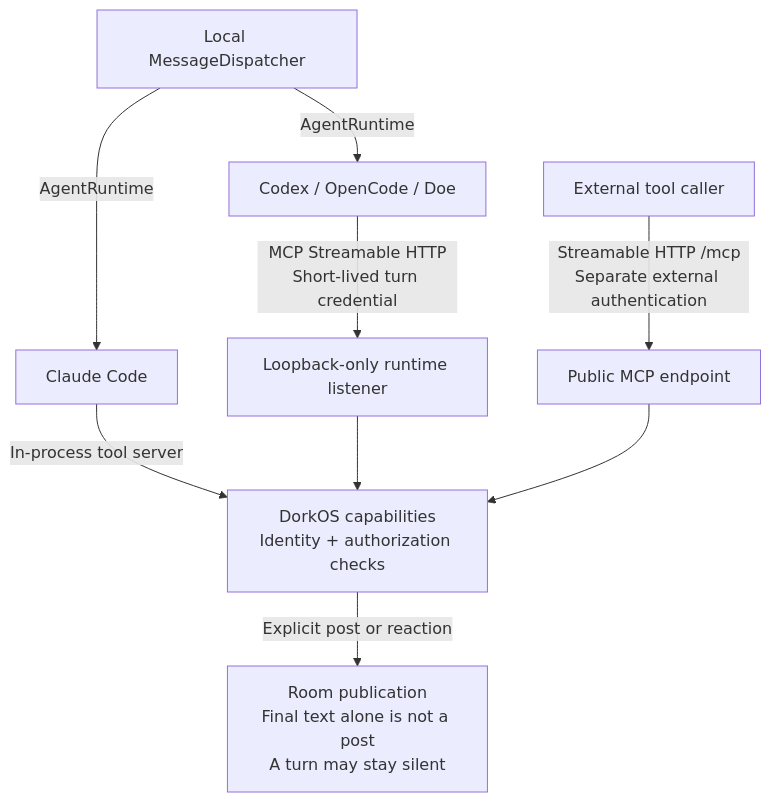
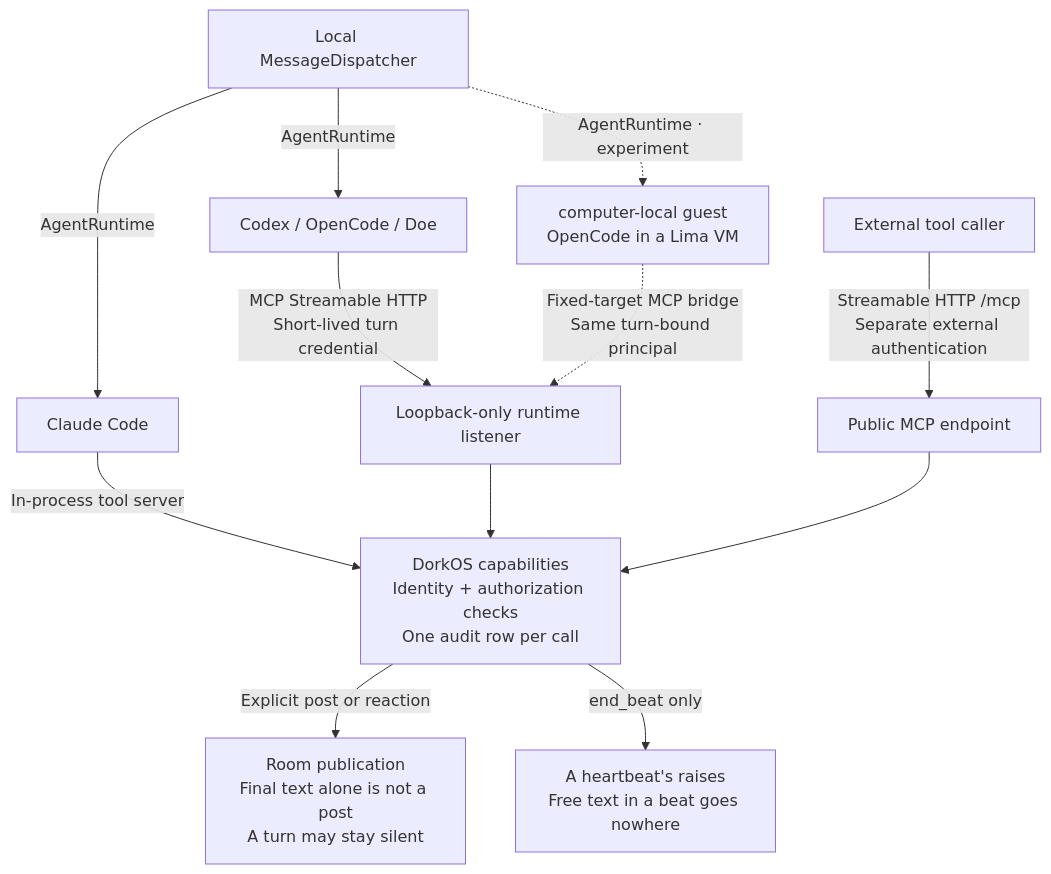
One commit to dork-labs/dorkos changed the diagram in contributing/diagrams/architecture/runtime-tools.mmd. Above: the diagram before and after it, drawn with Mermaid. The commit also changed 18 other files, not shown here.

```diff
--- a/contributing/diagrams/architecture/runtime-tools.mmd
+++ b/contributing/diagrams/architecture/runtime-tools.mmd
@@ -1,11 +1,14 @@
 flowchart TB
   accTitle: Runtime execution and tool access
-  accDescr: The local server starts runtimes separately from providing tools. Claude Code calls DorkOS tools in process; agent-bound Codex, OpenCode and Doe turns use a loopback MCP listener with turn-bound credentials. Doe also assembles local engine tools. Room speech requires a tool action. External MCP has separate authentication.
+  accDescr: The local server starts runtimes separately from providing tools. Claude Code calls DorkOS tools in process; agent-bound Codex, OpenCode and Doe turns use a loopback MCP listener with turn-bound credentials; the computer-local experiment reaches the same listener through a fixed-target bridge into its guest. Doe also assembles local engine tools. Room speech requires a tool action. External MCP has separate authentication. Every tool call writes one audit row.
   dispatch["Local MessageDispatcher"] -->|"AgentRuntime"| claude["Claude Code"]
   dispatch -->|"AgentRuntime"| other["Codex / OpenCode / Doe"]
-  claude -->|"In-process tool server"| tools["DorkOS capabilities<br/>Identity + authorization checks"]
+  dispatch -.->|"AgentRuntime · experiment"| vm["computer-local guest<br/>OpenCode in a Lima VM"]
+  claude -->|"In-process tool server"| tools["DorkOS capabilities<br/>Identity + authorization checks<br/>One audit row per call"]
   other -->|"MCP Streamable HTTP<br/>Short-lived turn credential"| loopback["Loopback-only runtime listener"]
+  vm -.->|"Fixed-target MCP bridge<br/>Same turn-bound principal"| loopback
   loopback --> tools
   external["External tool caller"] -->|"Streamable HTTP /mcp<br/>Separate external authentication"| public["Public MCP endpoint"]
   public --> tools
   tools -->|"Explicit post or reaction"| room["Room publication<br/>Final text alone is not a post<br/>A turn may stay silent"]
+  tools -->|"end_beat only"| beat["A heartbeat's raises<br/>Free text in a beat goes nowhere"]
```
